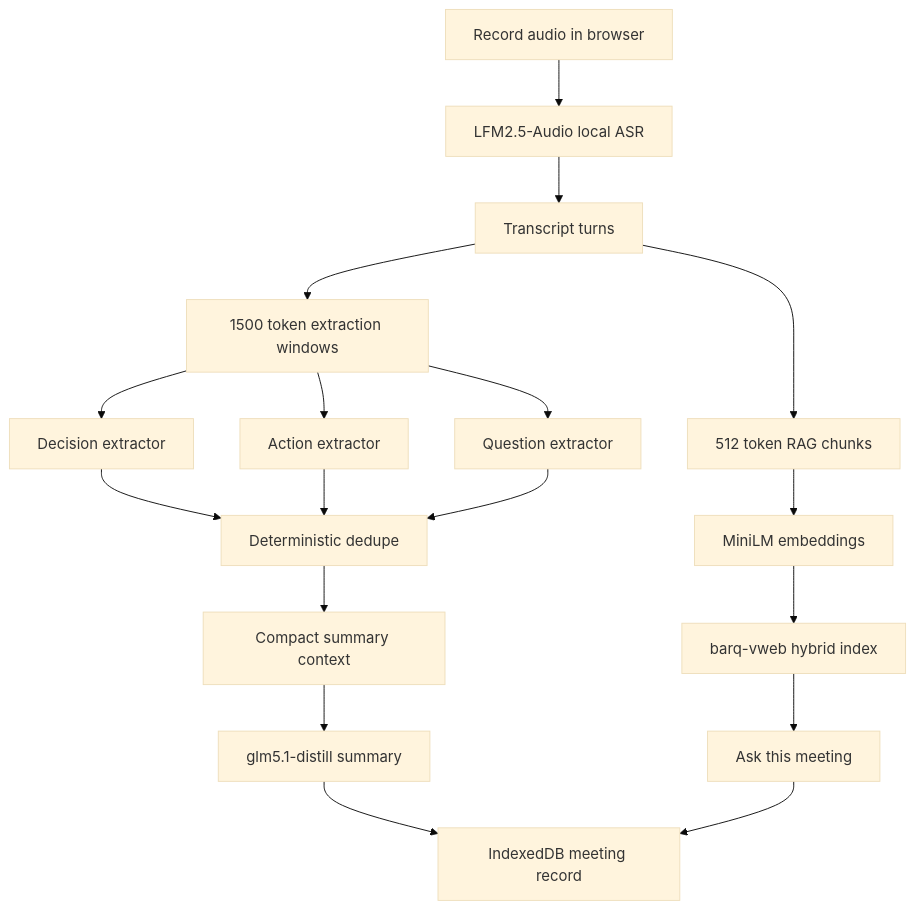
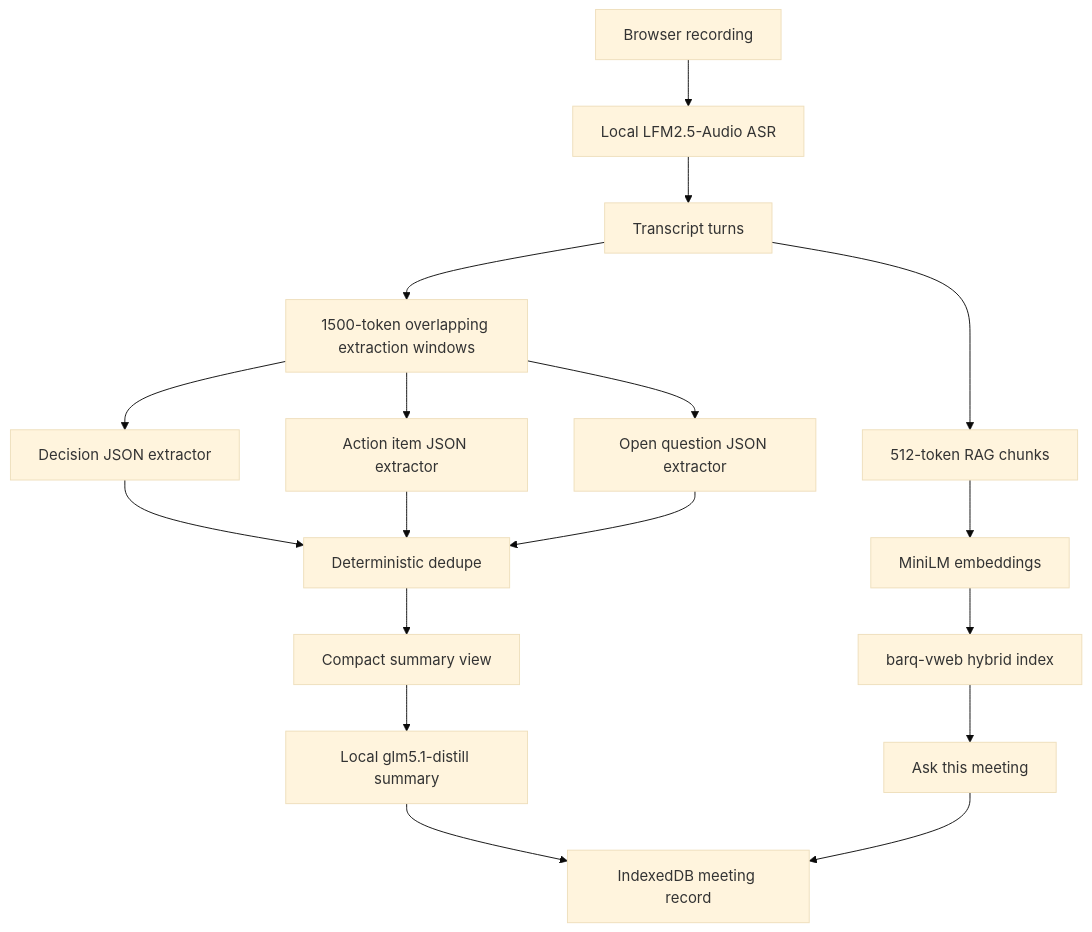
Before and after one commit to YASSERRMD/barq-minutes: the diagram in README.md, drawn with Mermaid (base theme). The commit also changed other lines of this file and 1 other file, not shown here.

````diff
--- a/README.md
+++ b/README.md
@@ -47,20 +81,20 @@
 ```mermaid
 flowchart TD
-  A["Record audio in browser"] --> B["LFM2.5-Audio local ASR"]
+  A["Browser recording"] --> B["Local LFM2.5-Audio ASR"]
   B --> C["Transcript turns"]
-  C --> D["1500 token extraction windows"]
-  D --> E["Decision extractor"]
-  D --> F["Action extractor"]
-  D --> G["Question extractor"]
+  C --> D["1500-token overlapping extraction windows"]
+  D --> E["Decision JSON extractor"]
+  D --> F["Action item JSON extractor"]
+  D --> G["Open question JSON extractor"]
   E --> H["Deterministic dedupe"]
   F --> H
   G --> H
-  H --> I["Compact summary context"]
-  I --> J["glm5.1-distill summary"]
-  C --> K["512 token RAG chunks"]
+  H --> I["Compact summary view"]
+  I --> J["Local glm5.1-distill summary"]
+  C --> K["512-token RAG chunks"]
   K --> L["MiniLM embeddings"]
   L --> M["barq-vweb hybrid index"]
   M --> N["Ask this meeting"]
   J --> O["IndexedDB meeting record"]
   N --> O
 ```
````
